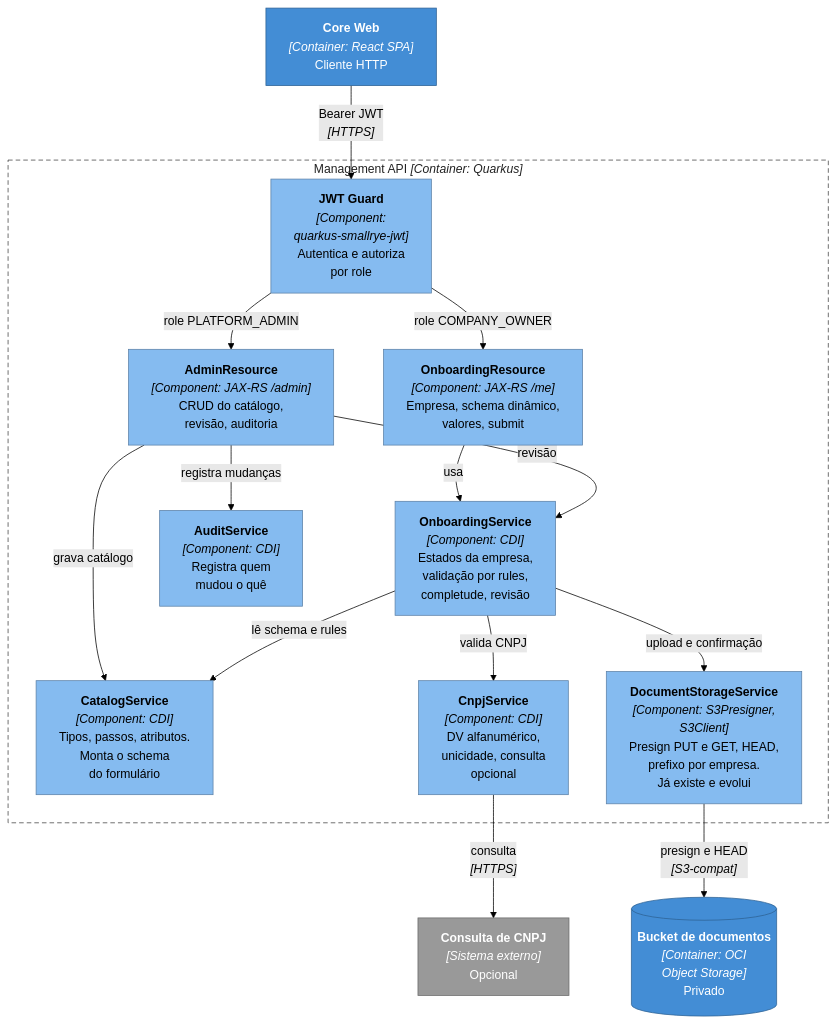
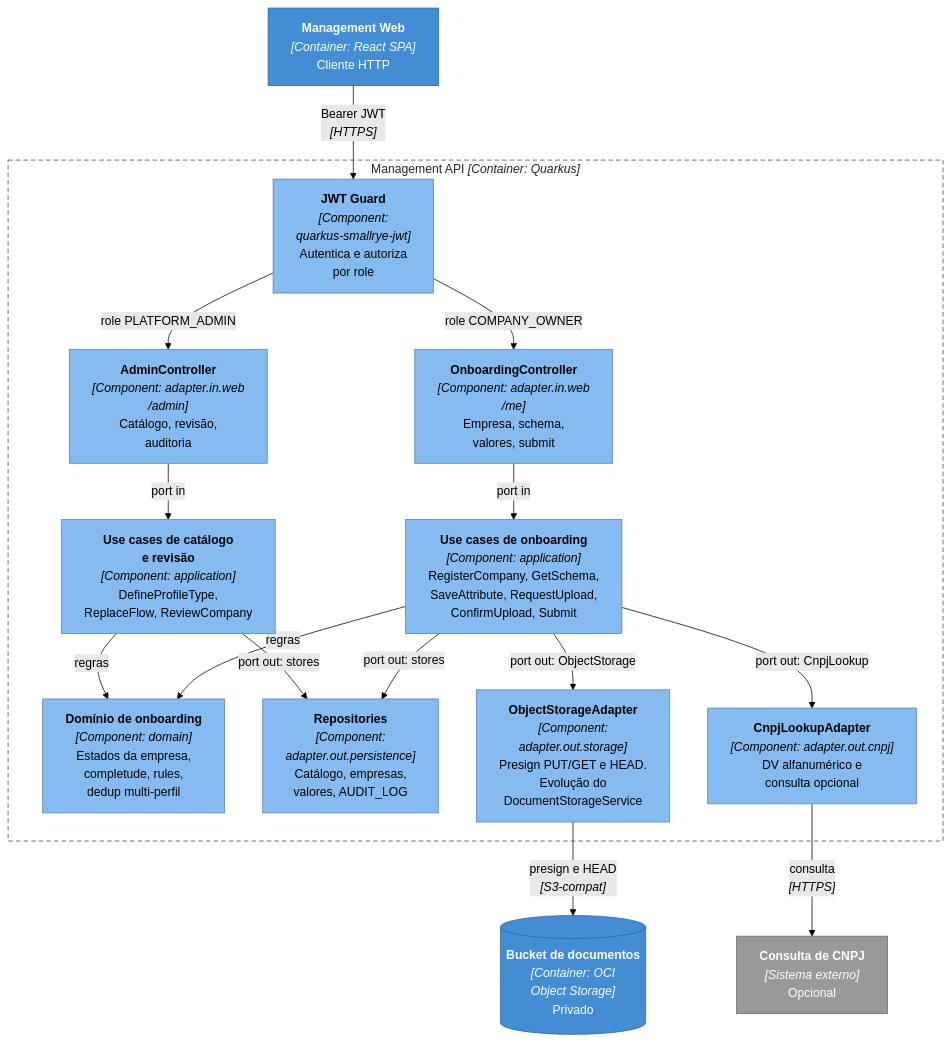
One commit to ECOLchain/ecolchain-management-api changed the fourth of 8 diagrams in docs/proposta-auth-onboarding.md. Above: the diagram before and after it, drawn with Mermaid (forest theme). The commit also changed other lines of this file and 5 other files, not shown here.

````diff
--- a/docs/proposta-auth-onboarding.md
+++ b/docs/proposta-auth-onboarding.md
@@ -179,36 +212,38 @@
 ```mermaid
 %%{init: {"flowchart": {"wrappingWidth": 260}}}%%
 flowchart TB
     classDef container fill:#438dd5,stroke:#2e6295,color:#ffffff
     classDef ext fill:#999999,stroke:#6b6b6b,color:#ffffff
     classDef component fill:#85bbf0,stroke:#5d82a8,color:#000000
 
-    web["<b>Core Web</b><br/><i>[Container: React SPA]</i><br/>Cliente HTTP"]:::container
+    web["<b>Management Web</b><br/><i>[Container: React SPA]</i><br/>Cliente HTTP"]:::container
     bucket[("<b>Bucket de documentos</b><br/><i>[Container: OCI<br/>Object Storage]</i><br/>Privado")]:::container
     cnpjapi["<b>Consulta de CNPJ</b><br/><i>[Sistema externo]</i><br/>Opcional"]:::ext
 
     subgraph api["Management API  <i>[Container: Quarkus]</i>"]
         guard["<b>JWT Guard</b><br/><i>[Component:<br/>quarkus-smallrye-jwt]</i><br/>Autentica e autoriza<br/>por role"]:::component
-        meRes["<b>OnboardingResource</b><br/><i>[Component: JAX-RS /me]</i><br/>Empresa, schema dinâmico,<br/>valores, submit"]:::component
-        adminRes["<b>AdminResource</b><br/><i>[Component: JAX-RS /admin]</i><br/>CRUD do catálogo,<br/>revisão, auditoria"]:::component
-        onb["<b>OnboardingService</b><br/><i>[Component: CDI]</i><br/>Estados da empresa,<br/>validação por rules,<br/>completude, revisão"]:::component
-        catalog["<b>CatalogService</b><br/><i>[Component: CDI]</i><br/>Tipos, passos, atributos.<br/>Monta o schema<br/>do formulário"]:::component
-        cnpj["<b>CnpjService</b><br/><i>[Component: CDI]</i><br/>DV alfanumérico,<br/>unicidade, consulta<br/>opcional"]:::component
-        docs["<b>DocumentStorageService</b><br/><i>[Component: S3Presigner,<br/>S3Client]</i><br/>Presign PUT e GET, HEAD,<br/>prefixo por empresa.<br/>Já existe e evolui"]:::component
-        audit["<b>AuditService</b><br/><i>[Component: CDI]</i><br/>Registra quem<br/>mudou o quê"]:::component
+        meCtl["<b>OnboardingController</b><br/><i>[Component: adapter.in.web<br/>/me]</i><br/>Empresa, schema,<br/>valores, submit"]:::component
+        admCtl["<b>AdminController</b><br/><i>[Component: adapter.in.web<br/>/admin]</i><br/>Catálogo, revisão,<br/>auditoria"]:::component
+        ucMe["<b>Use cases de onboarding</b><br/><i>[Component: application]</i><br/>RegisterCompany, GetSchema,<br/>SaveAttribute, RequestUpload,<br/>ConfirmUpload, Submit"]:::component
+        ucAdm["<b>Use cases de catálogo<br/>e revisão</b><br/><i>[Component: application]</i><br/>DefineProfileType,<br/>ReplaceFlow, ReviewCompany"]:::component
+        domain["<b>Domínio de onboarding</b><br/><i>[Component: domain]</i><br/>Estados da empresa,<br/>completude, rules,<br/>dedup multi-perfil"]:::component
+        repos["<b>Repositories</b><br/><i>[Component:<br/>adapter.out.persistence]</i><br/>Catálogo, empresas,<br/>valores, AUDIT_LOG"]:::component
+        storage["<b>ObjectStorageAdapter</b><br/><i>[Component:<br/>adapter.out.storage]</i><br/>Presign PUT/GET e HEAD.<br/>Evolução do<br/>DocumentStorageService"]:::component
+        cnpjAd["<b>CnpjLookupAdapter</b><br/><i>[Component: adapter.out.cnpj]</i><br/>DV alfanumérico e<br/>consulta opcional"]:::component
     end
     style api fill:#ffffff,stroke:#444444,stroke-dasharray:6 4,color:#222222
 
     web -->|"Bearer JWT<br/><i>[HTTPS]</i>"| guard
-    guard -->|"role COMPANY_OWNER"| meRes
-    guard -->|"role PLATFORM_ADMIN"| adminRes
-    meRes -->|usa| onb
-    adminRes -->|"revisão"| onb
-    adminRes -->|"grava catálogo"| catalog
-    adminRes -->|"registra mudanças"| audit
-    onb -->|"lê schema e rules"| catalog
-    onb -->|"valida CNPJ"| cnpj
-    onb -->|"upload e confirmação"| docs
-    cnpj -->|"consulta<br/><i>[HTTPS]</i>"| cnpjapi
-    docs -->|"presign e HEAD<br/><i>[S3-compat]</i>"| bucket
+    guard -->|"role COMPANY_OWNER"| meCtl
+    guard -->|"role PLATFORM_ADMIN"| admCtl
+    meCtl -->|"port in"| ucMe
+    admCtl -->|"port in"| ucAdm
+    ucMe -->|"regras"| domain
+    ucAdm -->|"regras"| domain
+    ucMe -->|"port out: stores"| repos
+    ucAdm -->|"port out: stores"| repos
+    ucMe -->|"port out: ObjectStorage"| storage
+    ucMe -->|"port out: CnpjLookup"| cnpjAd
+    cnpjAd -->|"consulta<br/><i>[HTTPS]</i>"| cnpjapi
+    storage -->|"presign e HEAD<br/><i>[S3-compat]</i>"| bucket
 ```
````
